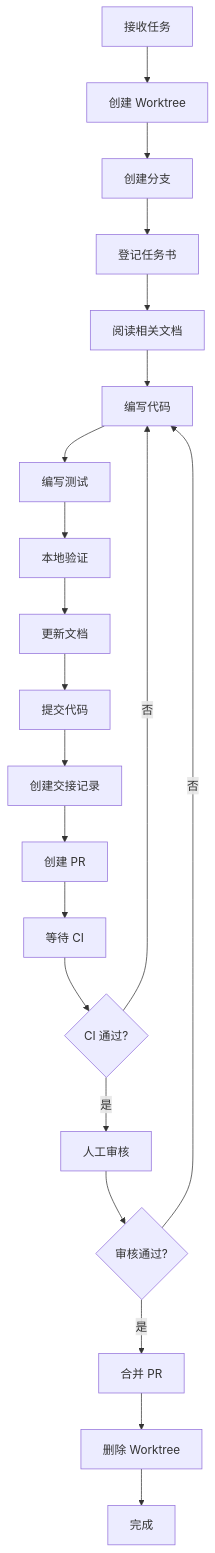
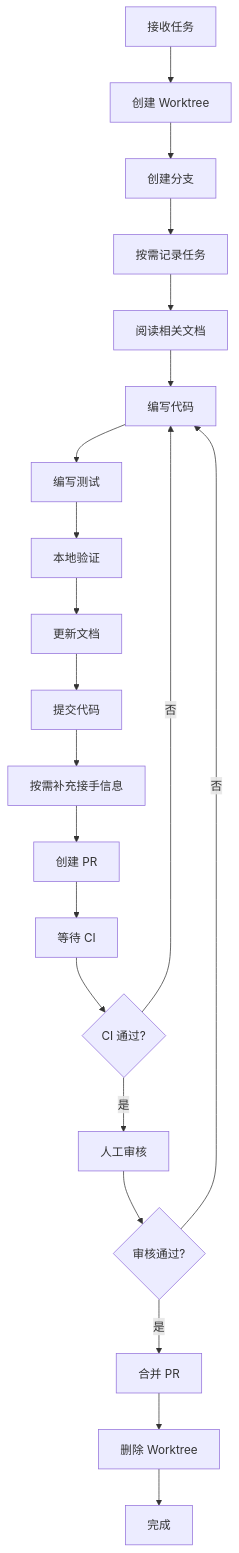
One commit to tyyt53909-create/tenant-management-system changed the diagram in AGENTS.md. Above: the diagram before and after it, drawn with Mermaid. The commit also changed other lines of this file and 14 other files, not shown here.

````diff
--- a/AGENTS.md
+++ b/AGENTS.md
@@ -439,23 +444,23 @@
 ```mermaid
 graph TD
     A[接收任务] --> B[创建 Worktree]
     B --> C[创建分支]
-    C --> D[登记任务书]
+    C --> D[按需记录任务]
     D --> E[阅读相关文档]
     E --> F[编写代码]
     F --> G[编写测试]
     G --> H[本地验证]
     H --> I[更新文档]
     I --> J[提交代码]
-    J --> K[创建交接记录]
+    J --> K[按需补充接手信息]
     K --> L[创建 PR]
     L --> M[等待 CI]
     M --> N{CI 通过?}
     N -->|是| O[人工审核]
     N -->|否| F
     O --> P{审核通过?}
     P -->|是| Q[合并 PR]
     P -->|否| F
     Q --> R[删除 Worktree]
     R --> S[完成]
 ```
````
